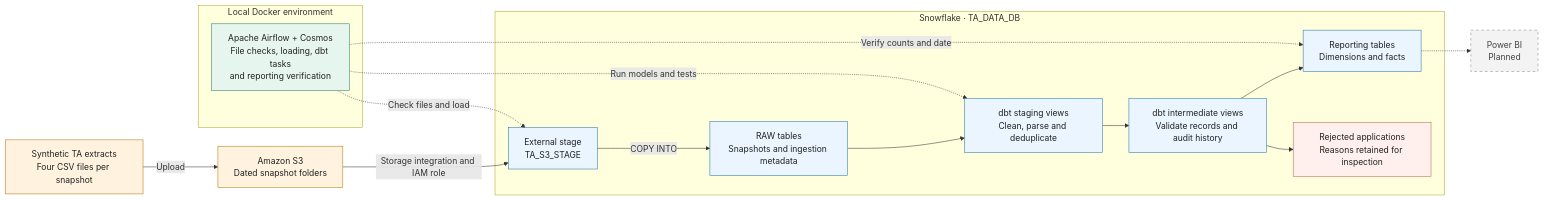
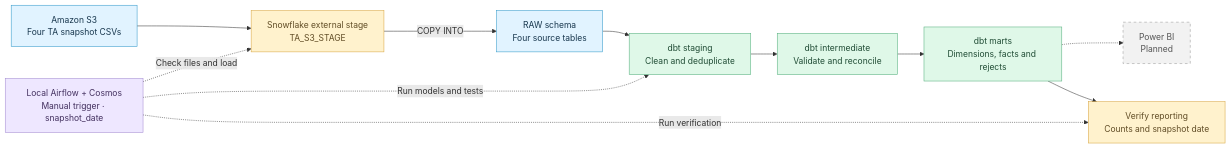
The first of 3 diagrams in README.md (nigelng8732/ta-data-pipeline), drawn with Mermaid before and after one commit. The commit also changed other lines of this file, not shown here.

Commit message:
Revise architecture and dbt lineage diagrams
Updated architecture and dbt lineage diagrams to reflect changes in data flow and structure.

````diff
--- a/README.md
+++ b/README.md
@@ -24,41 +24,31 @@
 ```mermaid
 flowchart LR
-    CSV["Synthetic TA extracts<br/>Four CSV files per snapshot"]
-    S3["Amazon S3<br/>Dated snapshot folders"]
+    S3["Amazon S3<br/>Four TA snapshot CSVs"]
+    EXT["Snowflake external stage<br/>TA_S3_STAGE"]
+    RAW["RAW schema<br/>Four source tables"]
+    STG["dbt staging<br/>Clean and deduplicate"]
+    INT["dbt intermediate<br/>Validate and reconcile"]
+    MART["dbt marts<br/>Dimensions, facts and rejects"]
+    BI["Power BI<br/>Planned"]
+    AIR["Local Airflow + Cosmos<br/>Manual trigger · snapshot_date"]
+    CHECK["Verify reporting<br/>Counts and snapshot date"]
 
-    subgraph SF["Snowflake · TA_DATA_DB"]
-        STAGE["External stage<br/>TA_S3_STAGE"]
-        RAW["RAW tables<br/>Snapshots and ingestion metadata"]
-        STG["dbt staging views<br/>Clean, parse and deduplicate"]
-        INT["dbt intermediate views<br/>Validate records and audit history"]
-        MART["Reporting tables<br/>Dimensions and facts"]
-        REJECT["Rejected applications<br/>Reasons retained for inspection"]
-    end
+    S3 --> EXT -->|COPY INTO| RAW
+    RAW --> STG --> INT --> MART
+    MART -.-> BI
+    AIR -.->|Check files and load| EXT
+    AIR -.->|Run models and tests| STG
+    MART --> CHECK
+    AIR -.->|Run verification| CHECK
 
-    subgraph LOCAL["Local Docker environment"]
-        AF["Apache Airflow + Cosmos<br/>File checks, loading, dbt tasks<br/>and reporting verification"]
-    end
-
-    BI["Power BI<br/>Planned"]
-    CSV -->|Upload| S3
-    S3 -->|Storage integration and IAM role| STAGE
-    STAGE -->|COPY INTO| RAW
-    RAW --> STG --> INT
-    INT --> MART
-    INT --> REJECT
-    MART -.-> BI
-    AF -.->|Check files and load| STAGE
-    AF -.->|Run models and tests| STG
-    AF -.->|Verify counts and date| MART
-
-    classDef source fill:#fff3df,stroke:#b87712,color:#222;
-    classDef warehouse fill:#eaf5ff,stroke:#2475a8,color:#222;
-    classDef orchestration fill:#e7f5ef,stroke:#27825b,color:#222;
-    classDef quality fill:#fff0ed,stroke:#bd6452,color:#222;
-    classDef planned fill:#f3f3f3,stroke:#888,color:#444,stroke-dasharray:5 5;
-    class CSV,S3 source;
-    class STAGE,RAW,STG,INT,MART warehouse;
-    class AF orchestration;
-    class REJECT quality;
-    class BI planned;
+    classDef source fill:#e1f3ff,stroke:#3199c9,color:#17364d;
+    classDef stage fill:#fff2cd,stroke:#d8a642,color:#614d26;
+    classDef model fill:#dff8e8,stroke:#54ae7c,color:#204c35;
+    classDef control fill:#eee7ff,stroke:#a38bd1,color:#43305f;
+    classDef future fill:#f2f2f2,stroke:#999,color:#555,stroke-dasharray:5 5;
+    class S3,RAW source;
+    class EXT,CHECK stage;
+    class STG,INT,MART model;
+    class AIR control;
+    class BI future;
 ```
````
